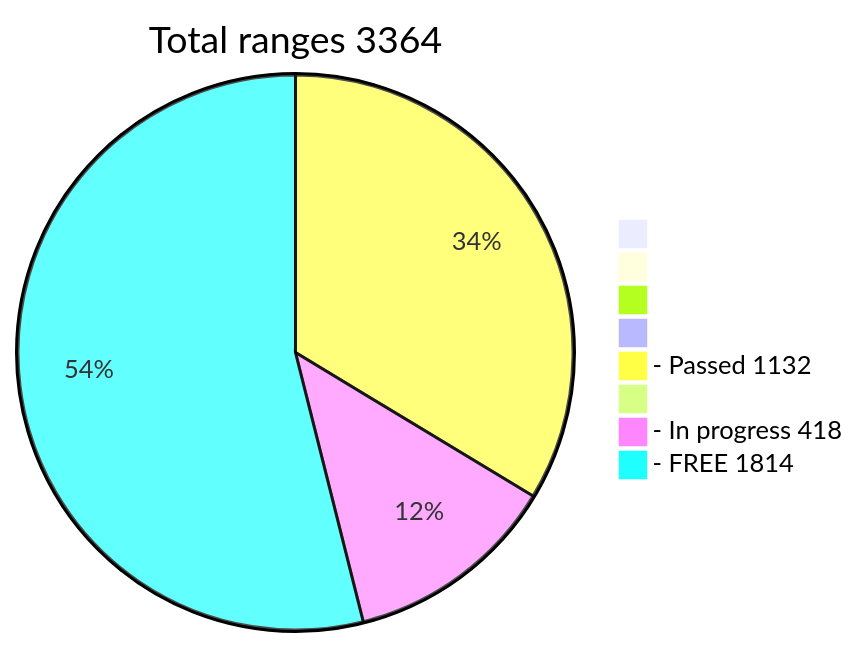
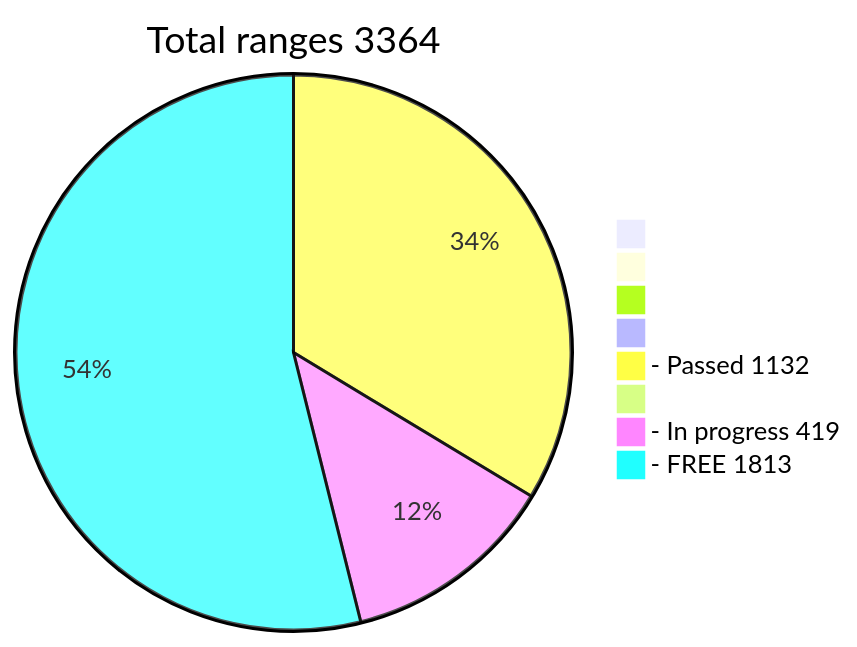
The diagram in README.md (phrutis/wif500), drawn with Mermaid before and after one commit.

````diff
--- a/README.md
+++ b/README.md
@@ -16,12 +16,12 @@
 ```mermaid
 pie title Total ranges 3364
              " " : 0
             "  " : 0
            "   " : 0
           "    " : 0
   "- Passed 1132" : 1132
          "     " : 0
-  "- In progress 418" : 418
-   "- FREE 1814" : 1814
+  "- In progress 419" : 419
+   "- FREE 1813" : 1813
    
 ```
````
